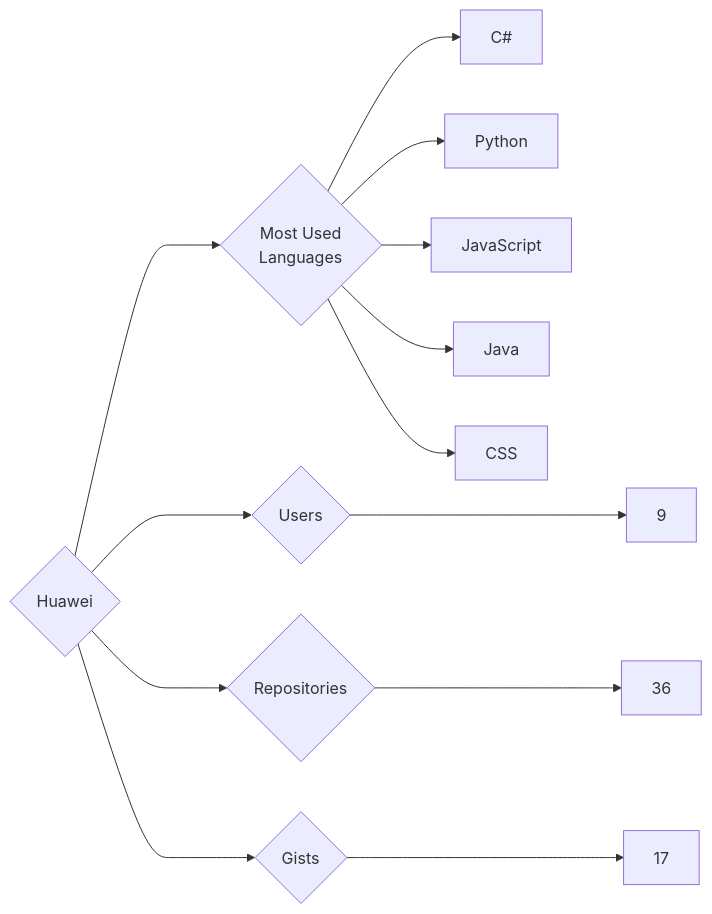
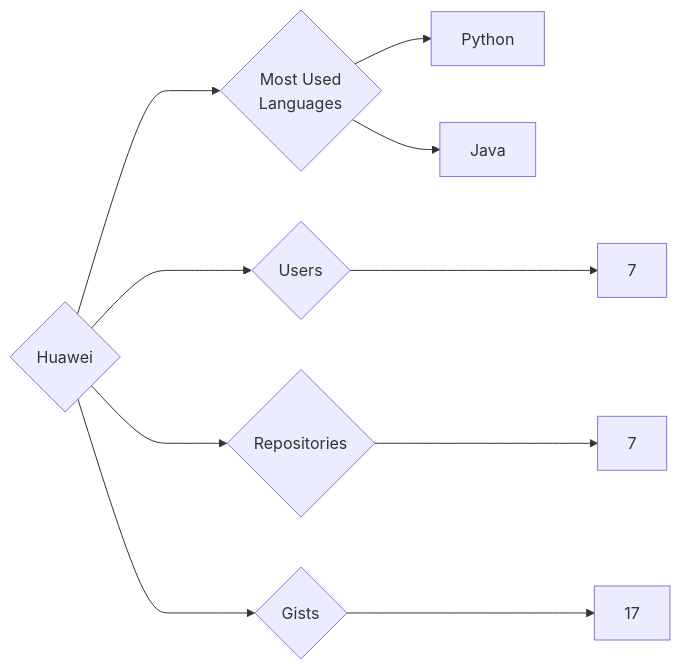
The diagram in targets/Huawei/README.md (trickest/insiders), drawn with Mermaid before and after one commit. The commit also changed 997 other files, not shown here.

````diff
--- a/targets/Huawei/README.md
+++ b/targets/Huawei/README.md
@@ -3,13 +3,10 @@
 ```mermaid
 graph LR
 COMPANY_NAME{Huawei}
-COMPANY_NAME ---> U{Users} ---> UN[9]
-COMPANY_NAME ---> R{Repositories} ---> RN[36]
+COMPANY_NAME ---> U{Users} ---> UN[7]
+COMPANY_NAME ---> R{Repositories} ---> RN[7]
 COMPANY_NAME ---> G{Gists} ---> GN[17]
 COMPANY_NAME ---> ML{Most Used<br>Languages}
-ML --> C#[C#]
 ML --> Python[Python]
-ML --> JavaScript[JavaScript]
 ML --> Java[Java]
-ML --> CSS[CSS]
 ```
````
